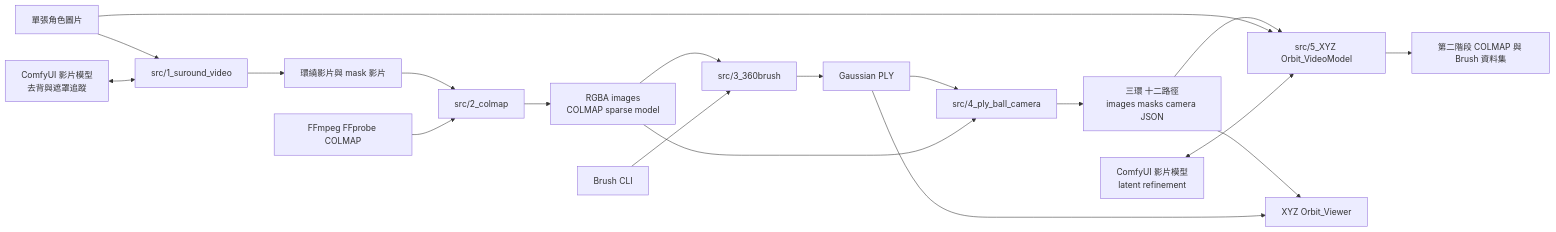
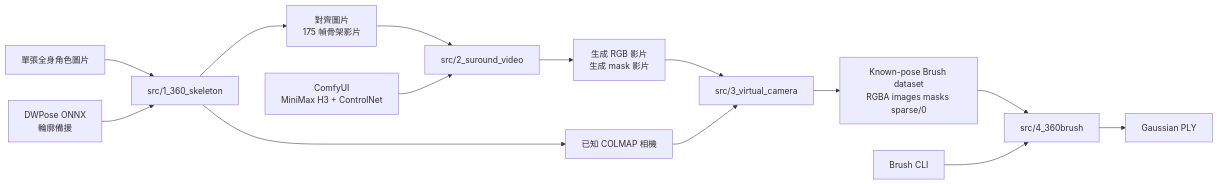
One commit to gkwang4912/VideoSplat changed the first of 3 diagrams in README.md. Above: the diagram before and after it, drawn with Mermaid. The commit also changed other lines of this file and 110 other files, not shown here.

````diff
--- a/README.md
+++ b/README.md
@@ -45,21 +38,16 @@
 ```mermaid
 flowchart LR
-    A[單張角色圖片] --> S1[src/1_suround_video]
-    VM1[ComfyUI 影片模型<br/>去背與遮罩追蹤] <--> S1
-    S1 --> V1[環繞影片與 mask 影片]
-    V1 --> S2[src/2_colmap]
-    EXT1[FFmpeg FFprobe COLMAP] --> S2
-    S2 --> D1[RGBA images<br/>COLMAP sparse model]
-    D1 --> S3[src/3_360brush]
-    EXT2[Brush CLI] --> S3
-    S3 --> PLY[Gaussian PLY]
-    PLY --> S4[src/4_ply_ball_camera]
-    D1 --> S4
-    S4 --> CAM[三環 十二路徑<br/>images masks camera JSON]
-    CAM --> S5[src/5_XYZ Orbit_VideoModel]
-    A --> S5
-    VM2[ComfyUI 影片模型<br/>latent refinement] <--> S5
-    S5 --> D2[第二階段 COLMAP 與 Brush 資料集]
-    CAM --> VIEW[XYZ Orbit_Viewer]
-    PLY --> VIEW
+    IMG[單張全身角色圖片] --> S1[src/1_360_skeleton]
+    DW[DWPose ONNX<br/>輪廓備援] --> S1
+    S1 --> CTRL[對齊圖片<br/>175 幀骨架影片]
+    S1 --> CAM[已知 COLMAP 相機]
+    CTRL --> S2[src/2_suround_video]
+    CF[ComfyUI<br/>MiniMax H3 + ControlNet] --> S2
+    S2 --> VID[生成 RGB 影片<br/>生成 mask 影片]
+    VID --> S3[src/3_virtual_camera]
+    CAM --> S3
+    S3 --> DATA[Known-pose Brush dataset<br/>RGBA images masks sparse/0]
+    DATA --> S4[src/4_360brush]
+    BR[Brush CLI] --> S4
+    S4 --> PLY[Gaussian PLY]
 ```
````
